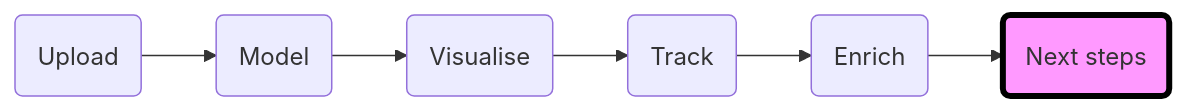
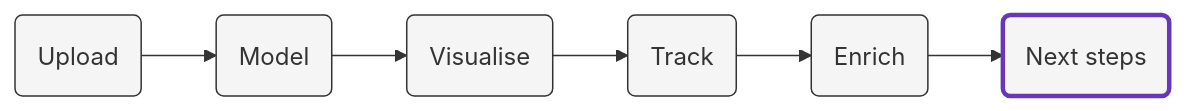
One commit to snowplow/advanced-analytics-web-accelerator changed the diagram in content/next_steps/_index.md. Above: the diagram before and after it, drawn with Mermaid. The commit also changed other lines of this file and 86 other files, not shown here.

```diff
--- a/content/next_steps/_index.md
+++ b/content/next_steps/_index.md
@@ -12,5 +12,10 @@
 {{<mermaid>}}
 flowchart LR
     id1(Upload)-->id2(Model)-->id3(Visualise)-->id4(Track)-->id5(Enrich)-->id6(Next steps)
-    style id6 fill:#f9f,stroke:#000,stroke-width:4px
+    style id6 fill:#f5f5f5,stroke:#6638B8,stroke-width:3px
+    style id1 fill:#f5f5f5,stroke:#333,stroke-width:1px
+    style id3 fill:#f5f5f5,stroke:#333,stroke-width:1px
+    style id4 fill:#f5f5f5,stroke:#333,stroke-width:1px
+    style id2 fill:#f5f5f5,stroke:#333,stroke-width:1px
+    style id5 fill:#f5f5f5,stroke:#333,stroke-width:1px
 {{</mermaid >}}
```
